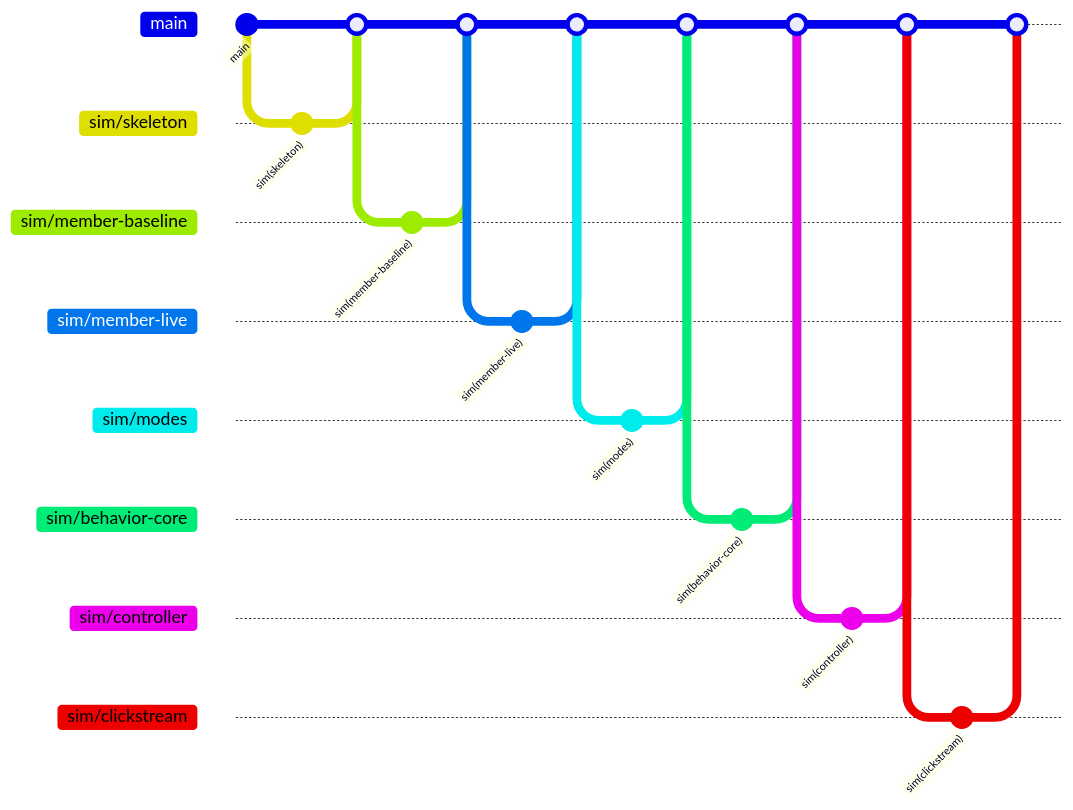
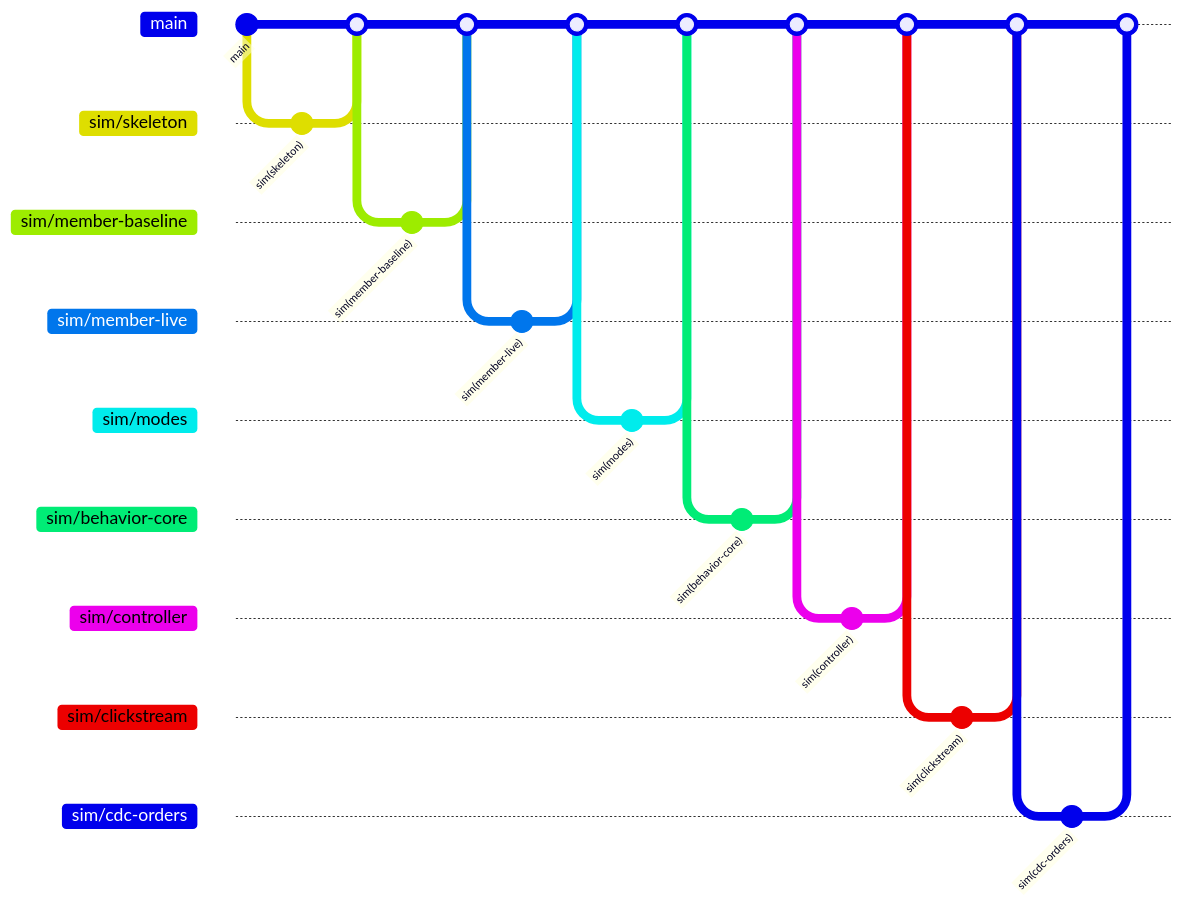
One commit to josiah113366-sketch/clothes-query changed the diagram in docs/BRANCHES.md. Above: the diagram before and after it, drawn with Mermaid. The commit also changed other lines of this file and 2 other files, not shown here.

Commit message:
docs(sim/cdc-orders): 작업 결과 기록

````diff
--- a/docs/BRANCHES.md
+++ b/docs/BRANCHES.md
@@ -35,32 +35,36 @@
 ```mermaid
 gitGraph
   commit id: "main"
   branch sim/skeleton
   commit id: "sim(skeleton)"
   checkout main
   merge sim/skeleton
   branch sim/member-baseline
   commit id: "sim(member-baseline)"
   checkout main
   merge sim/member-baseline
   branch sim/member-live
   commit id: "sim(member-live)"
   checkout main
   merge sim/member-live
   branch sim/modes
   commit id: "sim(modes)"
   checkout main
   merge sim/modes
   branch sim/behavior-core
   commit id: "sim(behavior-core)"
   checkout main
   merge sim/behavior-core
   branch sim/controller
   commit id: "sim(controller)"
   checkout main
   merge sim/controller
   branch sim/clickstream
   commit id: "sim(clickstream)"
   checkout main
   merge sim/clickstream
+  branch sim/cdc-orders
+  commit id: "sim(cdc-orders)"
+  checkout main
+  merge sim/cdc-orders
 ```
````
